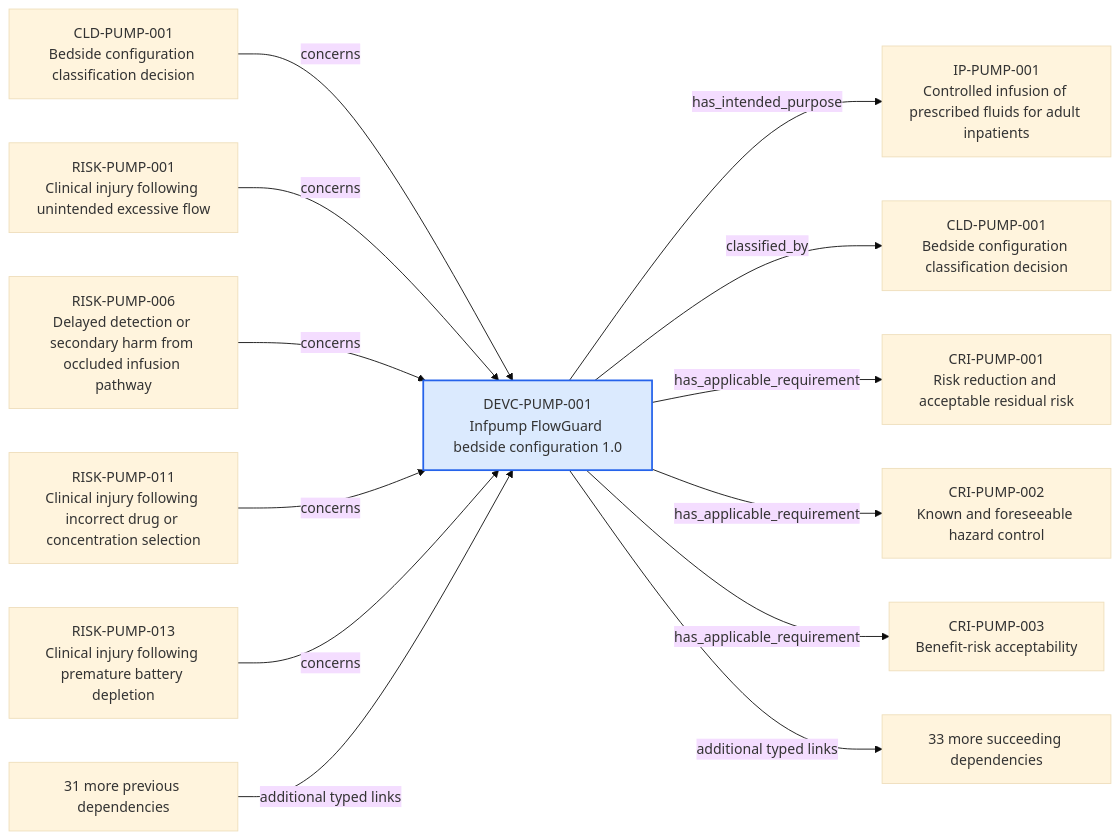
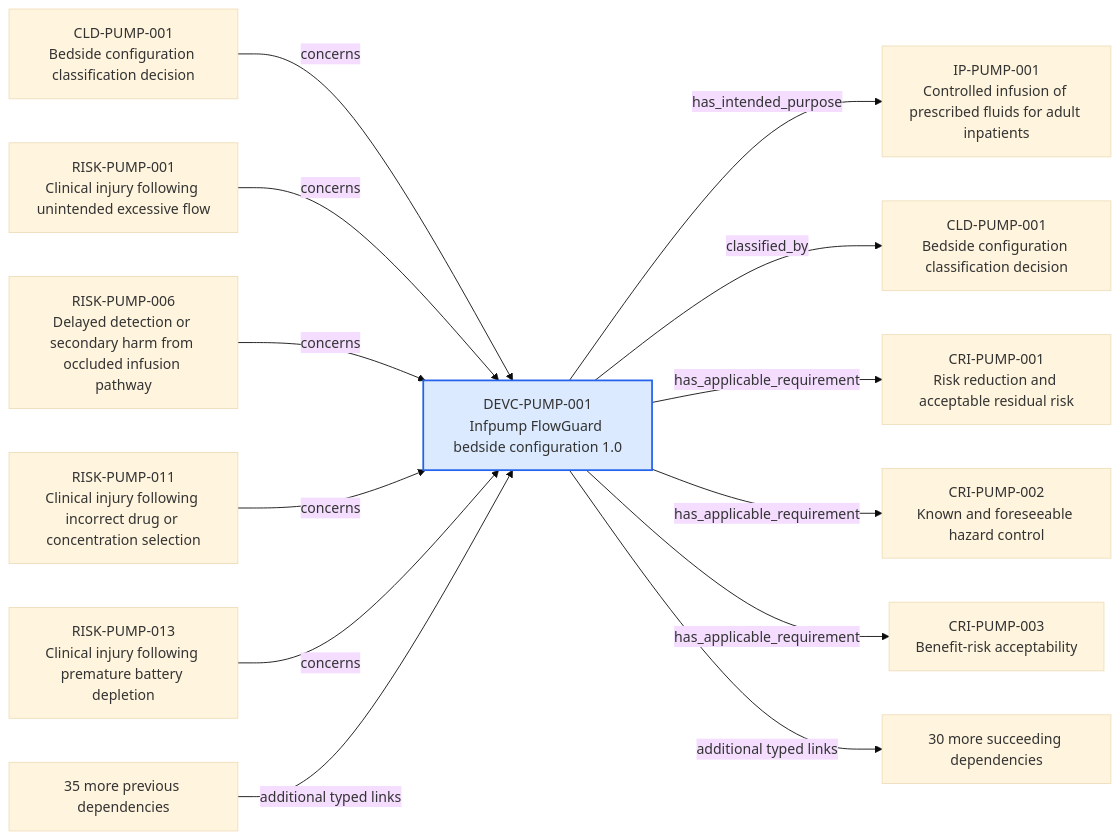
One commit to mvattulainen/mdrontology changed the diagram in content/06-Infpump FlowGuard ontology notes/device-configuration/DEVC-PUMP-001-infpump-flowguard-bedside-configuration-10.md. Above: the diagram before and after it, drawn with Mermaid (base theme). The commit also changed other lines of this file and 321 other files, not shown here.

Commit message:
Implement Mermaid ontology audit findings

````diff
--- a/content/06-Infpump FlowGuard ontology notes/device-configuration/DEVC-PUMP-001-infpump-flowguard-bedside-configuration-10.md
+++ b/content/06-Infpump FlowGuard ontology notes/device-configuration/DEVC-PUMP-001-infpump-flowguard-bedside-configuration-10.md
@@ -161,30 +158,30 @@
 ```mermaid
 flowchart LR
   CURRENT["DEVC-PUMP-001<br/>Infpump FlowGuard bedside configuration 1.0"]
   PREV0["CLD-PUMP-001<br/>Bedside configuration classification decision"]
   PREV0 -->|"concerns"| CURRENT
   PREV1["RISK-PUMP-001<br/>Clinical injury following unintended excessive flow"]
   PREV1 -->|"concerns"| CURRENT
   PREV2["RISK-PUMP-006<br/>Delayed detection or secondary harm from occluded infusion pathway"]
   PREV2 -->|"concerns"| CURRENT
   PREV3["RISK-PUMP-011<br/>Clinical injury following incorrect drug or concentration selection"]
   PREV3 -->|"concerns"| CURRENT
   PREV4["RISK-PUMP-013<br/>Clinical injury following premature battery depletion"]
   PREV4 -->|"concerns"| CURRENT
-  PREV_MORE["31 more previous dependencies"]
+  PREV_MORE["35 more previous dependencies"]
   PREV_MORE -->|"additional typed links"| CURRENT
   NEXT0["IP-PUMP-001<br/>Controlled infusion of prescribed fluids for adult inpatients"]
   CURRENT -->|"has_intended_purpose"| NEXT0
   NEXT1["CLD-PUMP-001<br/>Bedside configuration classification decision"]
   CURRENT -->|"classified_by"| NEXT1
   NEXT2["CRI-PUMP-001<br/>Risk reduction and acceptable residual risk"]
   CURRENT -->|"has_applicable_requirement"| NEXT2
   NEXT3["CRI-PUMP-002<br/>Known and foreseeable hazard control"]
   CURRENT -->|"has_applicable_requirement"| NEXT3
   NEXT4["CRI-PUMP-003<br/>Benefit-risk acceptability"]
   CURRENT -->|"has_applicable_requirement"| NEXT4
-  NEXT_MORE["33 more succeeding dependencies"]
+  NEXT_MORE["30 more succeeding dependencies"]
   CURRENT -->|"additional typed links"| NEXT_MORE
   classDef current fill:#dbeafe,stroke:#2563eb,stroke-width:2px
   class CURRENT current
 ```
````
